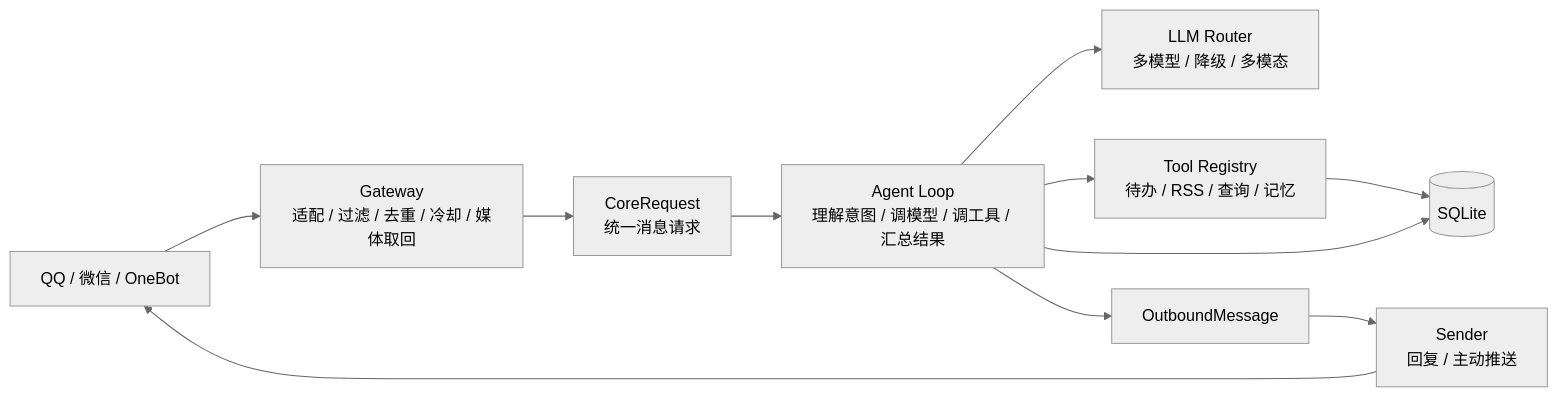
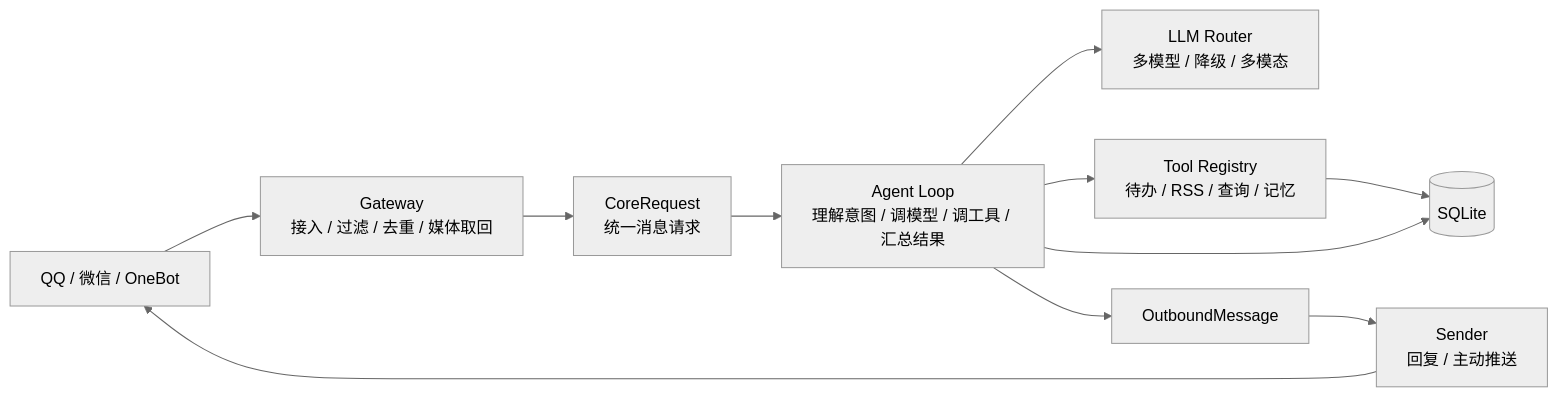
One commit to kuliantnt/qq-maid-bot changed the diagram in README.md. Above: the diagram before and after it, drawn with Mermaid (neutral theme). The commit also changed other lines of this file, not shown here.

````diff
--- a/README.md
+++ b/README.md
@@ -362,17 +178,18 @@
 ```mermaid
 flowchart LR
-    platform["QQ / 微信 / OneBot"] --> gateway["Gateway<br/>适配 / 过滤 / 去重 / 冷却 / 媒体取回"]
+    platform["QQ / 微信 / OneBot"] --> gateway["Gateway<br/>接入 / 过滤 / 去重 / 媒体取回"]
     gateway --> request["CoreRequest<br/>统一消息请求"]
 
-    request --> agent["Agent Loop<br/>理解意图 / 调模型 / 调工具 / 汇总结果"]
+    agent["Agent Loop<br/>理解意图 / 调模型 / 调工具 / 汇总结果"]
 
+    request --> agent
     agent --> llm["LLM Router<br/>多模型 / 降级 / 多模态"]
     agent --> tools["Tool Registry<br/>待办 / RSS / 查询 / 记忆"]
 
     tools --> db[(SQLite)]
     agent --> db
 
     agent --> outbound["OutboundMessage"]
     outbound --> sender["Sender<br/>回复 / 主动推送"]
     sender --> platform
 ```
````
